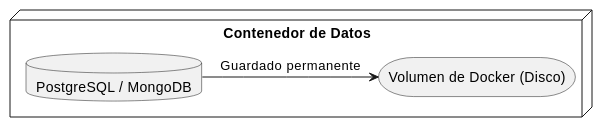
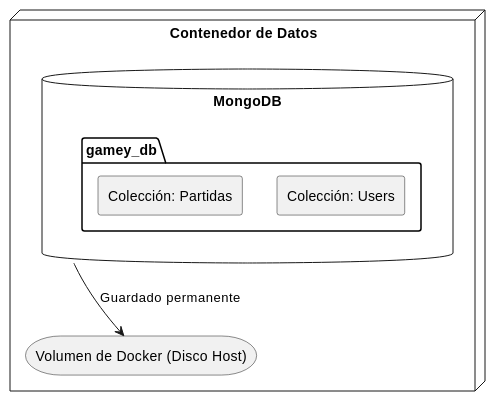
The fourth of 4 diagrams in docs/src/07_deployment_view.adoc (Arquisoft/yovi_es1b), drawn with PlantUML before and after one commit. The commit also changed other lines of this file and 1 other file, not shown here.

```diff
--- a/docs/src/07_deployment_view.adoc
+++ b/docs/src/07_deployment_view.adoc
@@ -181,10 +207,18 @@
 [plantuml, level2-db, png]
 ----
 @startuml
+skinparam componentStyle rectangle
+
 node "Contenedor de Datos" {
-    database "PostgreSQL / MongoDB" as store
-    storage "Volumen de Docker (Disco)" as disk
+    database "MongoDB" as store {
+        folder "gamey_db" {
+            [Colección: Users] as users
+            [Colección: Partidas] as games
+        }
+    }
+    storage "Volumen de Docker (Disco Host)" as disk
 }
-store -> disk : Guardado permanente
+
+store -down-> disk : Guardado permanente
 @enduml
 ----
```
